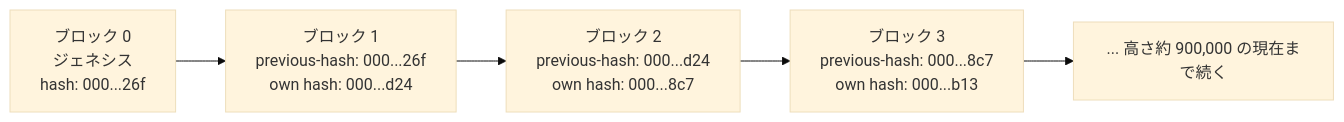
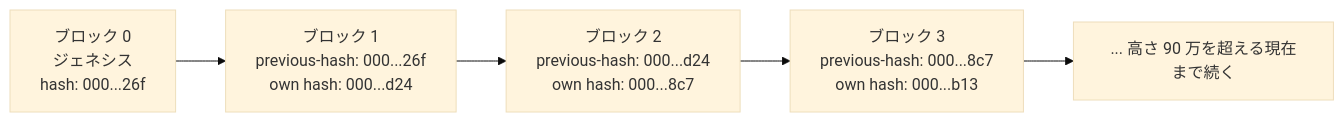
Before and after one commit to cypher256/BitcoinArchive: the fifth of 11 diagrams in src/data/translations/ja/analysis/2026-05-23-how-bitcoin-works-visual-glossary.md, drawn with Mermaid (base theme). The commit also changed other lines of this file and 3 other files, not shown here.

````diff
--- a/src/data/translations/ja/analysis/2026-05-23-how-bitcoin-works-visual-glossary.md
+++ b/src/data/translations/ja/analysis/2026-05-23-how-bitcoin-works-visual-glossary.md
@@ -199,9 +199,9 @@
 ```mermaid
 flowchart LR
   B0[ブロック 0 <br/> ジェネシス <br/> hash: 000...26f]
   B1[ブロック 1<br/>previous-hash: 000...26f<br/>own hash: 000...d24]
   B2[ブロック 2<br/>previous-hash: 000...d24<br/>own hash: 000...8c7]
   B3[ブロック 3<br/>previous-hash: 000...8c7<br/>own hash: 000...b13]
-  ETC[... 高さ約 900,000 の現在まで続く]
+  ETC[... 高さ 90 万を超える現在まで続く]
   B0 --> B1 --> B2 --> B3 --> ETC
 ```
````
